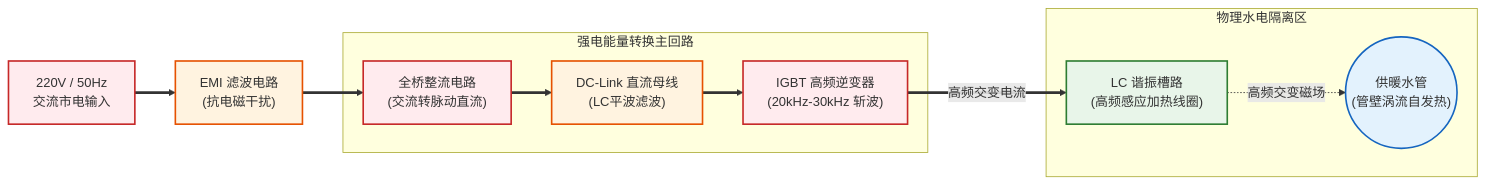
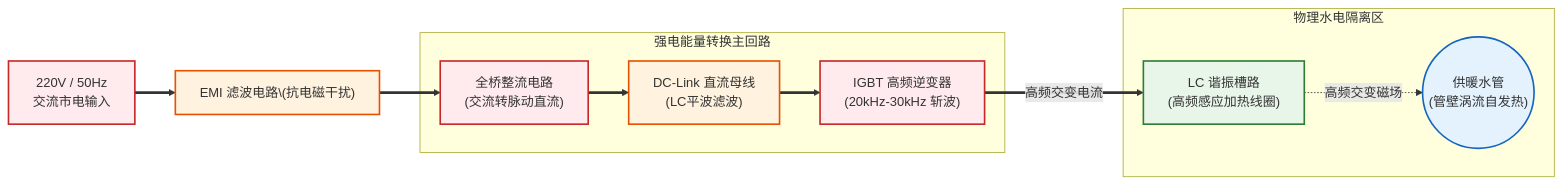
Before and after one commit to Caom-coll/iodraw-files: the diagram in all/未命名.md, drawn with Mermaid.

Commit message:
2026-05-23 13:02:21 update

````diff
--- a/all/未命名.md
+++ b/all/未命名.md
@@ -1,45 +1,45 @@
 ```mermaid
 graph LR
     %% 定义节点
     Mains["220V / 50Hz
-            交流市电输入"]
-    EMI["EMI 滤波电路\n(抗电磁干扰)"]
+        交流市电输入"]
+    EMI["EMI 滤波电路\(抗电磁干扰)"]
     Rectifier["全桥整流电路\n(交流转脉动直流)"]
     DCLink["DC-Link 直流母线\n(LC平波滤波)"]
     Inverter["IGBT 高频逆变器\n(20kHz-30kHz 斩波)"]
     Coil["LC 谐振槽路\n(高频感应加热线圈)"]
     Load(("供暖水管\n(管壁涡流自发热)"))
 
     %% 定义连接线（能量流向）
     Mains ==> EMI
     EMI ==> Rectifier
     Rectifier ==> DCLink
     DCLink ==> Inverter
     Inverter ==高频交变电流==> Coil
     Coil -.高频交变磁场.-> Load
 
     %% 模块分组框图
     subgraph 强电能量转换主回路
         Rectifier
         DCLink
         Inverter
     end
 
     %% 物理隔离区标识
     subgraph 物理水电隔离区
         Coil
         Load
     end
 
     %% 定义样式颜色
     classDef power fill:#ffebee,stroke:#c62828,stroke-width:2px;
     classDef filter fill:#fff3e0,stroke:#e65100,stroke-width:2px;
     classDef heat fill:#e8f5e9,stroke:#2e7d32,stroke-width:2px;
     classDef water fill:#e3f2fd,stroke:#1565c0,stroke-width:2px;
 
     %% 应用样式
     class Mains,Rectifier,Inverter power;
     class EMI,DCLink filter;
     class Coil heat;
     class Load water;
 ```
````
